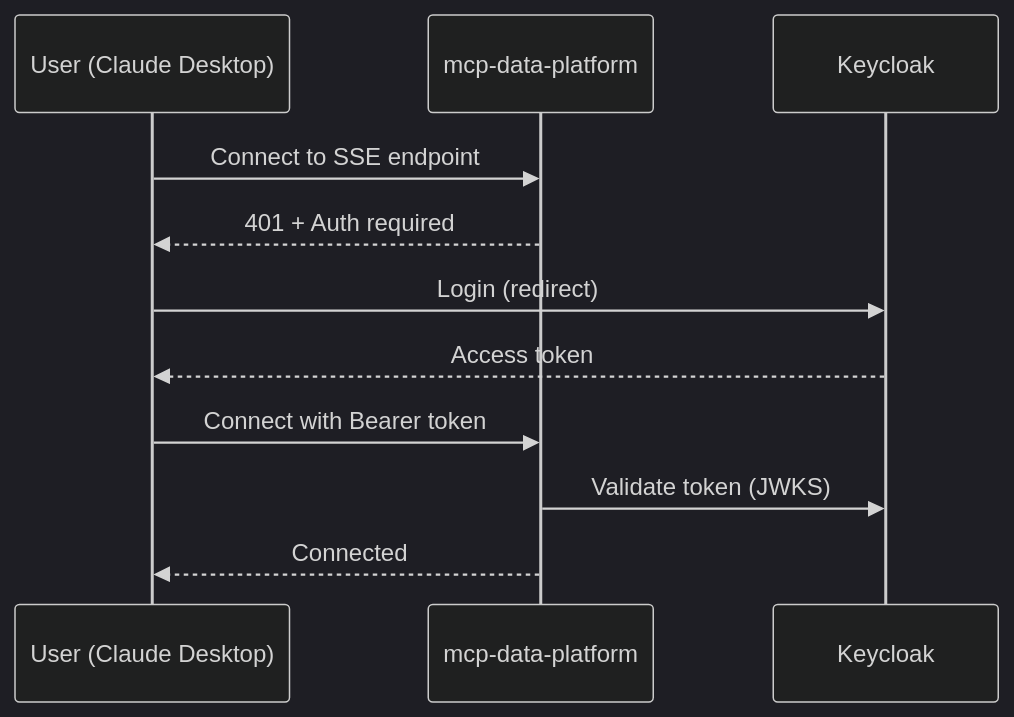
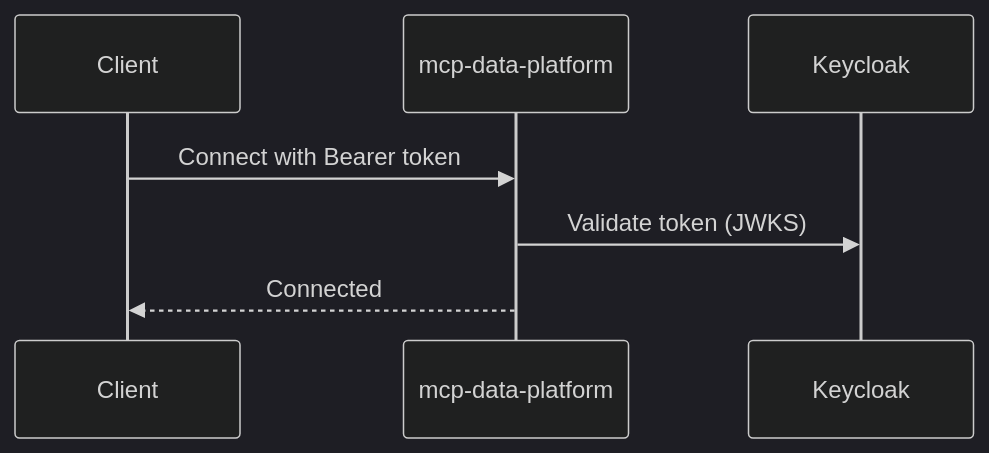
One commit to txn2/mcp-data-platform changed the second of 2 diagrams in docs/auth/overview.md. Above: the diagram before and after it, drawn with Mermaid (dark theme). The commit also changed other lines of this file, not shown here.

Commit message:
Expand SSE authentication documentation with detailed OAuth 2.1 flow and configuration examples for Claude Desktop integration

````diff
--- a/docs/auth/overview.md
+++ b/docs/auth/overview.md
@@ -92,14 +141,10 @@
 ```mermaid
 sequenceDiagram
-    participant U as User (Claude Desktop)
+    participant C as Client
     participant M as mcp-data-platform
     participant K as Keycloak
 
-    U->>M: Connect to SSE endpoint
-    M-->>U: 401 + Auth required
-    U->>K: Login (redirect)
-    K-->>U: Access token
-    U->>M: Connect with Bearer token
+    C->>M: Connect with Bearer token
     M->>K: Validate token (JWKS)
-    M-->>U: Connected
+    M-->>C: Connected
 ```
````
